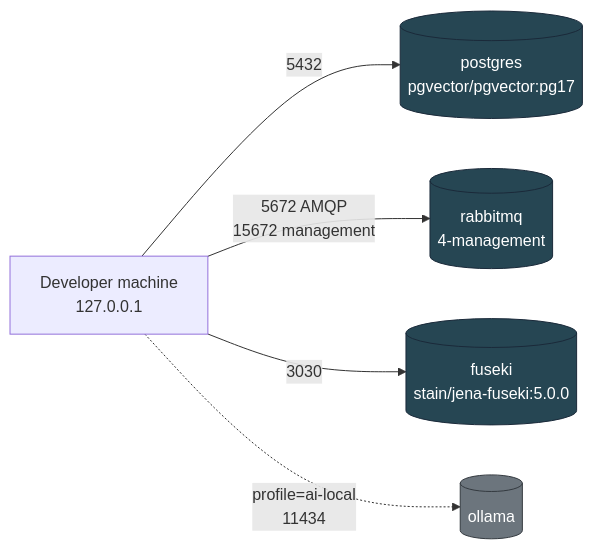
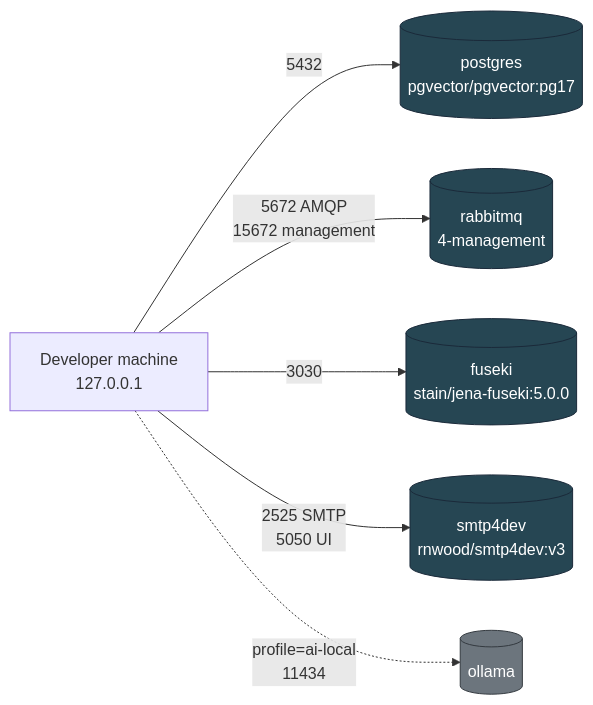
One commit to win-son-dev/konnect-server changed the diagram in wikis/Local-Development.md. Above: the diagram before and after it, drawn with Mermaid. The commit also changed other lines of this file and 5 other files, not shown here.

First line of the commit message:
docs: add root README + smtp4dev wiki page

````diff
--- a/wikis/Local-Development.md
+++ b/wikis/Local-Development.md
@@ -41,14 +41,15 @@
 ```mermaid
 flowchart LR
     Dev[Developer machine<br/>127.0.0.1]
 
     Dev -->|5432| Postgres[(postgres<br/>pgvector/pgvector:pg17)]
     Dev -->|5672 AMQP<br/>15672 management| Rabbit[(rabbitmq<br/>4-management)]
     Dev -->|3030| Fuseki[(fuseki<br/>stain/jena-fuseki:5.0.0)]
+    Dev -->|2525 SMTP<br/>5050 UI| Smtp[(smtp4dev<br/>rnwood/smtp4dev:v3)]
     Dev -. profile=ai-local<br/>11434 .-> Ollama[(ollama)]
 
     classDef infra fill:#264653,stroke:#1b2a3a,color:#fff
     classDef opt fill:#6c757d,stroke:#343a40,color:#fff
-    class Postgres,Rabbit,Fuseki infra
+    class Postgres,Rabbit,Fuseki,Smtp infra
     class Ollama opt
 ```
````
